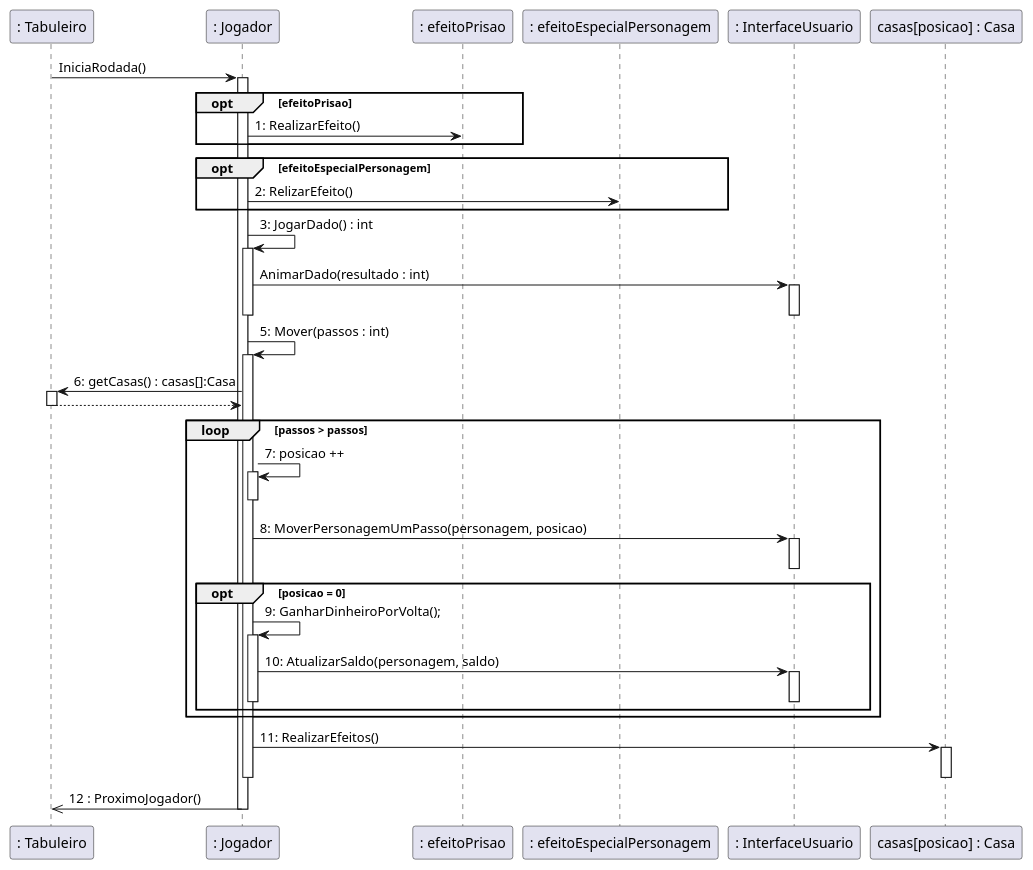
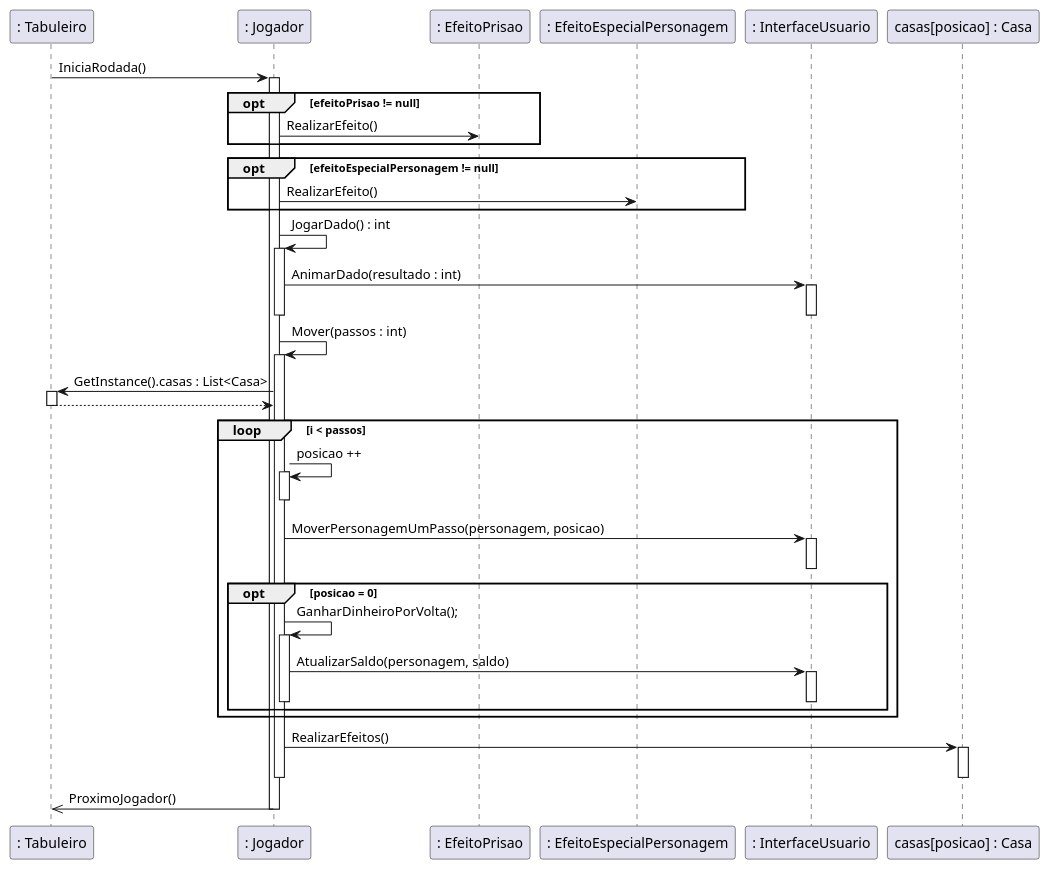
One commit to rogerpcto/ProjetoDeSoftware-UFF changed the diagram in Documentação/diagrama-de-sequencia-Movimenta-Jogador.plantuml. Above: the diagram before and after it, drawn with PlantUML. The commit also changed 7 other files, not shown here.

Commit message:
Corrige diagramas de sequência

```diff
--- a/Documentação/diagrama-de-sequencia-Movimenta-Jogador.plantuml
+++ b/Documentação/diagrama-de-sequencia-Movimenta-Jogador.plantuml
@@ -1,53 +1,53 @@
 @startuml comunicacao
 
 ": Tabuleiro" as Tab -> ": Jogador" as Jog : IniciaRodada()
 activate Jog
 
-opt efeitoPrisao
-    Jog -> ": efeitoPrisao" as Pris : 1: RealizarEfeito()
+opt efeitoPrisao != null
+    Jog -> ": EfeitoPrisao" as Pris : RealizarEfeito()
 end
 
-opt efeitoEspecialPersonagem
-    Jog -> ": efeitoEspecialPersonagem" as EFS : 2: RelizarEfeito()
+opt efeitoEspecialPersonagem != null
+    Jog -> ": EfeitoEspecialPersonagem" as EFS : RealizarEfeito()
 end 
 
-Jog -> Jog : 3: JogarDado() : int
+Jog -> Jog : JogarDado() : int
     activate Jog
     Jog -> ": InterfaceUsuario" as GUI : AnimarDado(resultado : int)
         activate GUI
         deactivate GUI
     deactivate Jog
 
-Jog -> Jog : 5: Mover(passos : int)
+Jog -> Jog : Mover(passos : int)
     activate Jog
-    Jog -> Tab: 6: getCasas() : casas[]:Casa
+    Jog -> Tab: GetInstance().casas : List<Casa>
         activate Tab
         Tab --> Jog
         deactivate Tab
-    loop passos > passos
-        Jog -> Jog : 7: posicao ++
+    loop i < passos
+        Jog -> Jog : posicao ++
         activate Jog
         deactivate Jog
-        Jog -> GUI : 8: MoverPersonagemUmPasso(personagem, posicao)
+        Jog -> GUI : MoverPersonagemUmPasso(personagem, posicao)
         activate GUI
         deactivate GUI
         opt posicao = 0
-         Jog -> Jog : 9: GanharDinheiroPorVolta();
+         Jog -> Jog : GanharDinheiroPorVolta();
          activate Jog
-            Jog -> GUI : 10: AtualizarSaldo(personagem, saldo)
+            Jog -> GUI : AtualizarSaldo(personagem, saldo)
             activate GUI
             deactivate GUI 
          deactivate Jog
         end opt
     end loop
     
-    Jog -> "casas[posicao] : Casa" as Casa : 11: RealizarEfeitos()
+    Jog -> "casas[posicao] : Casa" as Casa : RealizarEfeitos()
         activate Casa
         deactivate Casa
     deactivate Jog
 
 
-Jog ->> Tab : 12 : ProximoJogador()
+Jog ->> Tab : ProximoJogador()
 deactivate Jog
 
 @enduml
```
